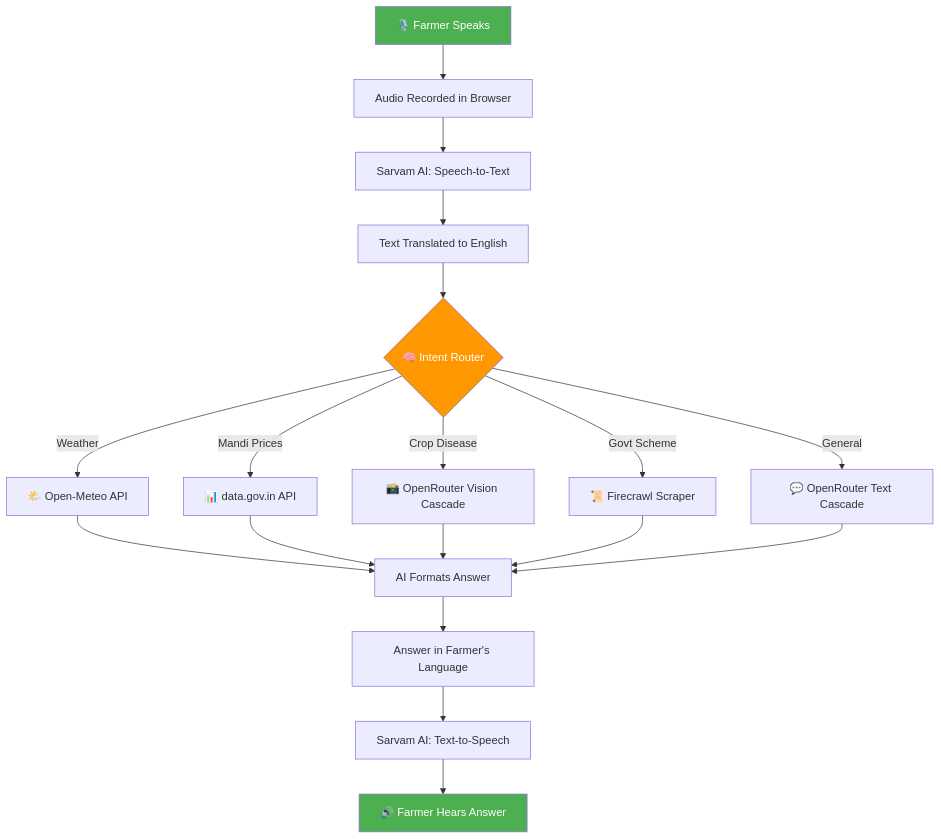
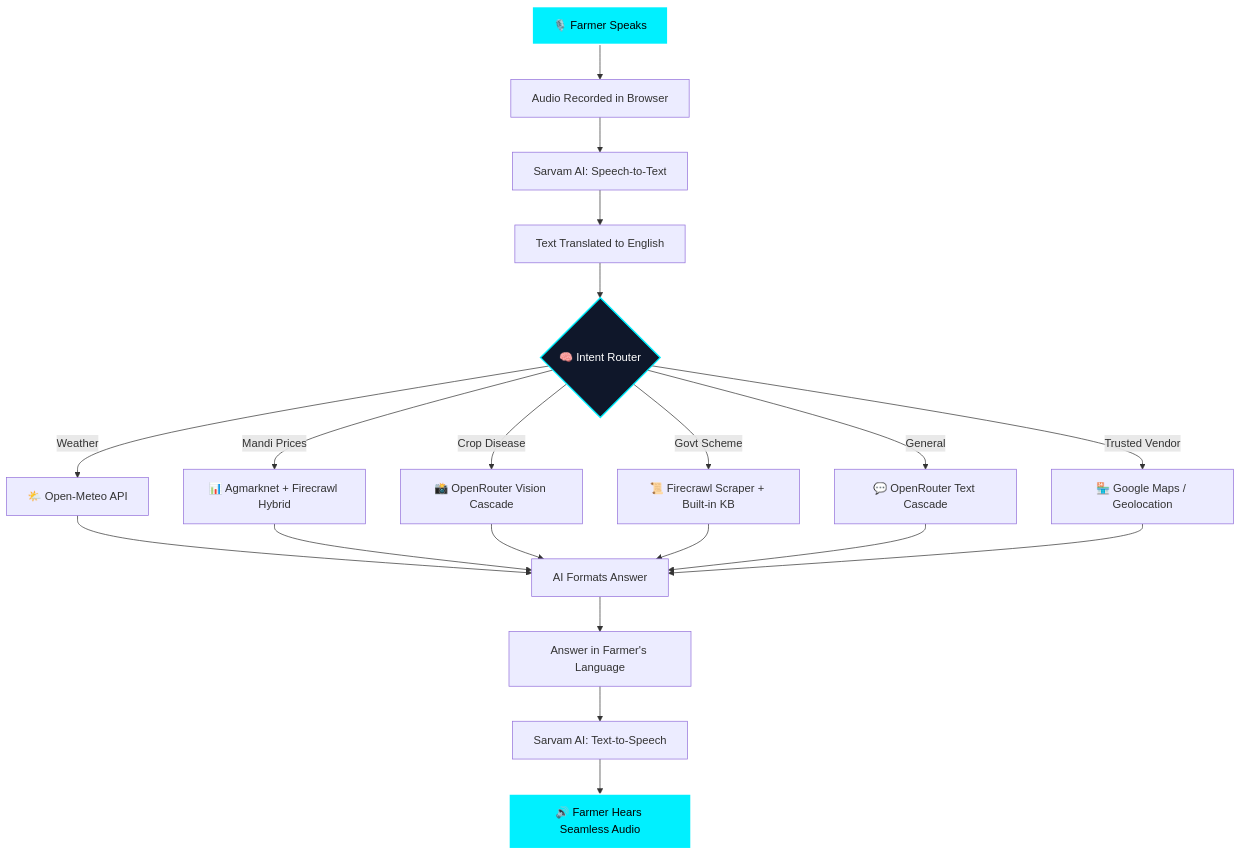
The diagram in README.md (Satyam2006chh/KisaanVaani--AI), drawn with Mermaid before and after one commit. The commit also changed other lines of this file and 20 other files, not shown here.

Commit message:
Major update: Premium Dark Theme, Hybrid Scraper, Voice Streaming Fix, and README

````diff
--- a/README.md
+++ b/README.md
@@ -263,27 +77,29 @@
 ```mermaid
 graph TD
     A[🎙️ Farmer Speaks] --> B[Audio Recorded in Browser]
     B --> C[Sarvam AI: Speech-to-Text]
     C --> D[Text Translated to English]
     D --> E{🧠 Intent Router}
     
     E -->|Weather| F[🌤️ Open-Meteo API]
-    E -->|Mandi Prices| G[📊 data.gov.in API]
+    E -->|Mandi Prices| G[📊 Agmarknet + Firecrawl Hybrid]
     E -->|Crop Disease| H[📸 OpenRouter Vision Cascade]
-    E -->|Govt Scheme| I[📜 Firecrawl Scraper]
+    E -->|Govt Scheme| I[📜 Firecrawl Scraper + Built-in KB]
+    E -->|Trusted Vendor| O[🏪 Google Maps / Geolocation]
     E -->|General| J[💬 OpenRouter Text Cascade]
     
     F --> K[AI Formats Answer]
     G --> K
     H --> K
     I --> K
     J --> K
+    O --> K
     
     K --> L[Answer in Farmer's Language]
     L --> M[Sarvam AI: Text-to-Speech]
-    M --> N[🔊 Farmer Hears Answer]
+    M --> N[🔊 Farmer Hears Seamless Audio]
     
-    style A fill:#4CAF50,color:#fff
-    style N fill:#4CAF50,color:#fff
-    style E fill:#FF9800,color:#fff
+    style A fill:#00f0ff,color:#000,stroke:#fff,stroke-width:2px
+    style N fill:#00f0ff,color:#000,stroke:#fff,stroke-width:2px
+    style E fill:#0f172a,stroke:#00f0ff,stroke-width:2px,color:#fff
 ```
````
